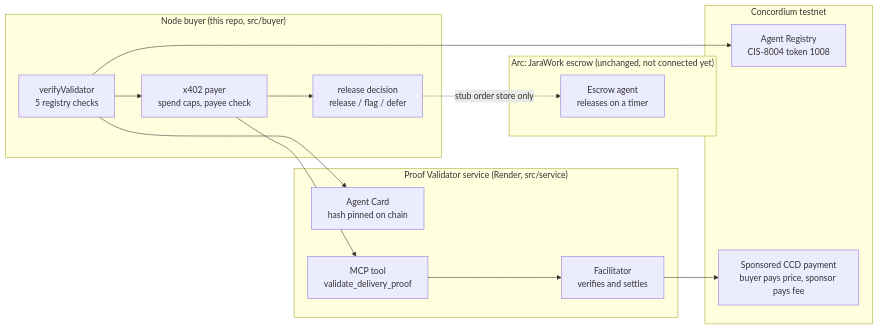
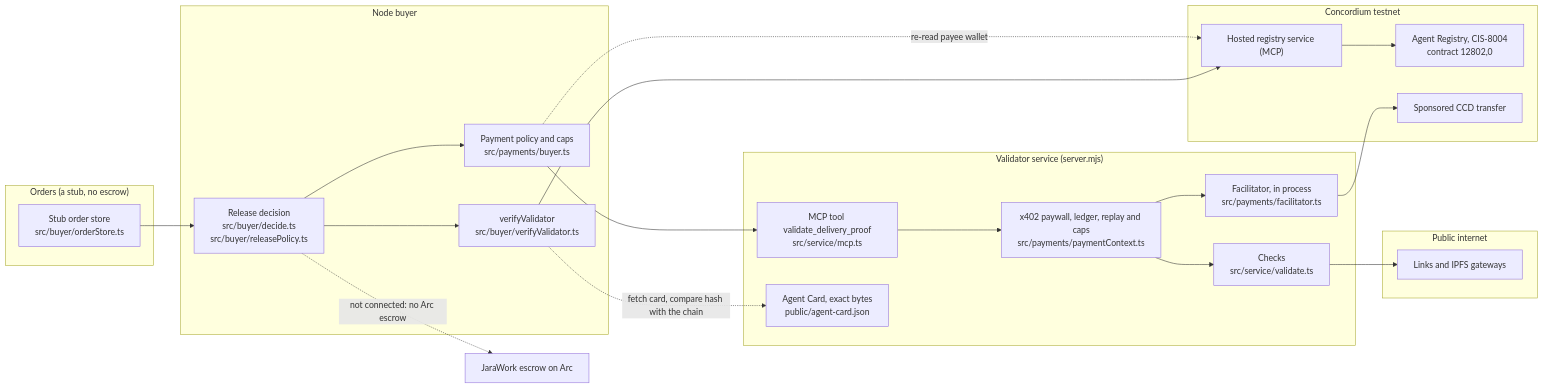
One commit to 0xAceBit/JaraWork changed the first of 3 diagrams in concordium/docs/architecture.md. Above: the diagram before and after it, drawn with Mermaid. The commit also changed other lines of this file and 8 other files, not shown here.

Commit message:
Concordium: claim-audited README, 3-minute demo script, architecture diagrams, path to production, chain-checked evidence and a docs test that fails on any claim the code does not back

````diff
--- a/concordium/docs/architecture.md
+++ b/concordium/docs/architecture.md
@@ -5,27 +7,45 @@
 ```mermaid
 flowchart LR
-  subgraph arc["Arc: JaraWork escrow (unchanged, not connected yet)"]
-    escrow["Escrow agent<br/>releases on a timer"]
+  subgraph orders["Orders (a stub, no escrow)"]
+    store["Stub order store<br/>src/buyer/orderStore.ts"]
   end
 
-  subgraph buyer["Node buyer (this repo, src/buyer)"]
-    verify["verifyValidator<br/>5 registry checks"] --> payer["x402 payer<br/>spend caps, payee check"] --> decide["release decision<br/>release / flag / defer"]
+  subgraph buyer["Node buyer"]
+    decide["Release decision<br/>src/buyer/decide.ts<br/>src/buyer/releasePolicy.ts"]
+    verify["verifyValidator<br/>src/buyer/verifyValidator.ts"]
+    pay["Payment policy and caps<br/>src/payments/buyer.ts"]
+  end
+
+  subgraph service["Validator service (server.mjs)"]
+    mcp["MCP tool validate_delivery_proof<br/>src/service/mcp.ts"]
+    wrap["x402 paywall, ledger, replay and caps<br/>src/payments/paymentContext.ts"]
+    checks["Checks<br/>src/service/validate.ts"]
+    fac["Facilitator, in process<br/>src/payments/facilitator.ts"]
+    card["Agent Card, exact bytes<br/>public/agent-card.json"]
   end
 
   subgraph ccd["Concordium testnet"]
-    registry["Agent Registry<br/>CIS-8004 token 1008"]
-    chain["Sponsored CCD payment<br/>buyer pays price, sponsor pays fee"]
+    hosted["Hosted registry service (MCP)"]
+    reg["Agent Registry, CIS-8004<br/>contract 12802,0"]
+    chain["Sponsored CCD transfer"]
   end
 
-  subgraph svc["Proof Validator service (Render, src/service)"]
-    card["Agent Card<br/>hash pinned on chain"]
-    tool["MCP tool<br/>validate_delivery_proof"]
-    fac["Facilitator<br/>verifies and settles"]
+  subgraph net["Public internet"]
+    links["Links and IPFS gateways"]
   end
 
-  verify --> registry
-  verify --> card
-  payer --> tool
-  tool --> fac --> chain
-  decide -. "stub order store only" .-> escrow
+  store --> decide
+  decide --> verify
+  verify --> hosted
+  hosted --> reg
+  verify -. "fetch card, compare hash with the chain" .-> card
+  decide --> pay
+  pay -. "re-read payee wallet" .-> hosted
+  pay --> mcp
+  mcp --> wrap
+  wrap --> checks
+  checks --> links
+  wrap --> fac
+  fac --> chain
+  decide -. "not connected: no Arc escrow" .-> arc["JaraWork escrow on Arc"]
 ```
````
